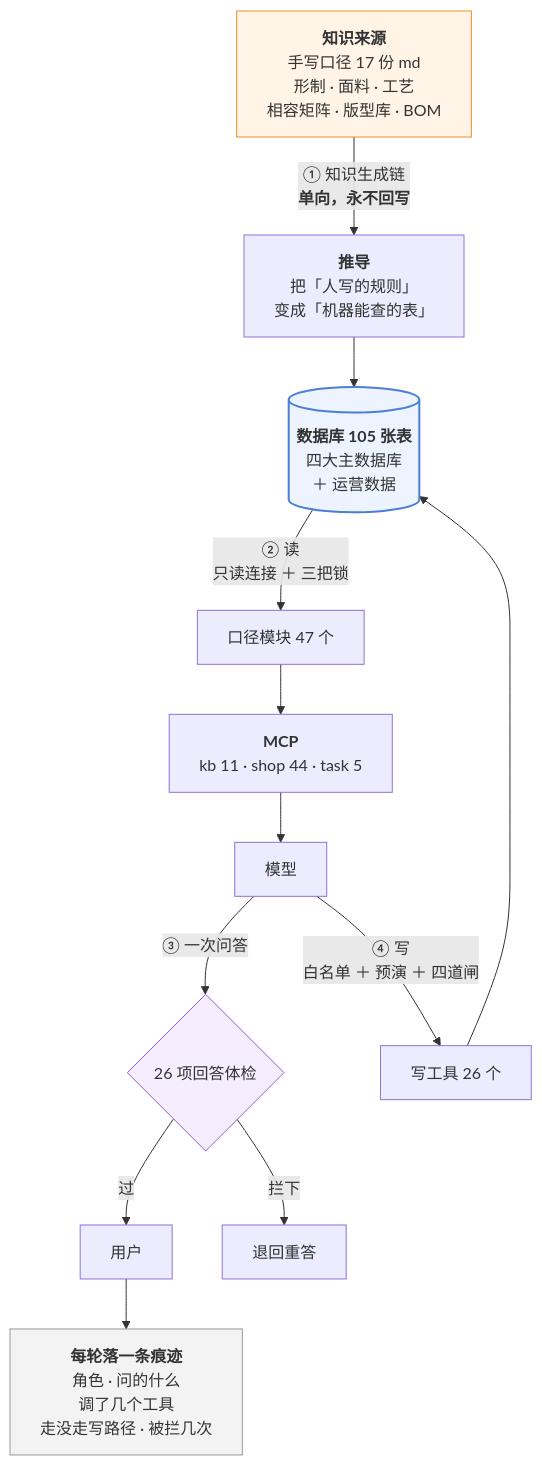
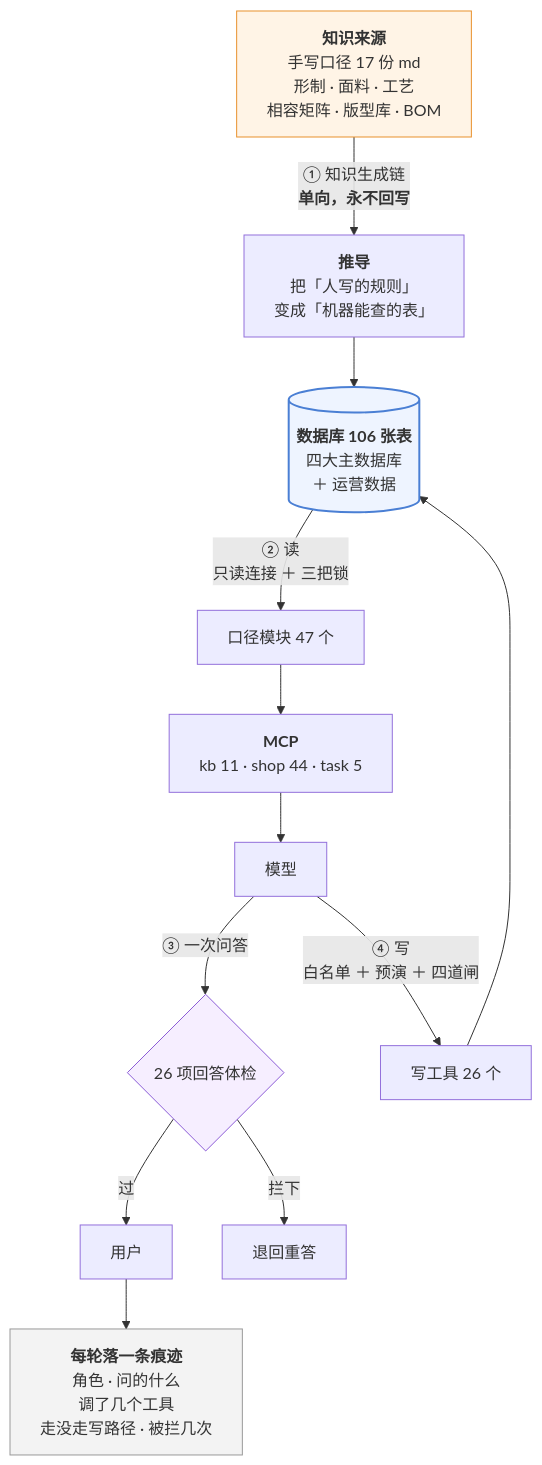
One commit to 843773296-rgb/lanxiu-yunshang-agent changed the third of 3 diagrams in 澜绣云裳agent-产品说明.md. Above: the diagram before and after it, drawn with Mermaid. The commit also changed other lines of this file and 24 other files, not shown here.

````diff
--- a/澜绣云裳agent-产品说明.md
+++ b/澜绣云裳agent-产品说明.md
@@ -940,24 +940,24 @@
 ```mermaid
 flowchart TD
     MD["<b>知识来源</b><br/>手写口径 17 份 md<br/>形制 · 面料 · 工艺<br/>相容矩阵 · 版型库 · BOM"]
     MD -->|"① 知识生成链<br/><b>单向，永不回写</b>"| DV["<b>推导</b><br/>把「人写的规则」<br/>变成「机器能查的表」"]
-    DV --> DB[("<b>数据库 105 张表</b><br/>四大主数据库<br/>＋ 运营数据")]
+    DV --> DB[("<b>数据库 106 张表</b><br/>四大主数据库<br/>＋ 运营数据")]
 
     DB -->|"② 读<br/>只读连接 ＋ 三把锁"| KJ["口径模块 47 个"]
     KJ --> MCP["<b>MCP</b><br/>kb 11 · shop 44 · task 5"]
     MCP --> LLM["模型"]
 
     LLM -->|"③ 一次问答"| GD{"26 项回答体检"}
     GD -- 过 --> U["用户"]
     GD -- 拦下 --> RE["退回重答"]
 
     LLM -->|"④ 写<br/>白名单 ＋ 预演 ＋ 四道闸"| W["写工具 26 个"]
     W --> DB
 
     U --> TR["<b>每轮落一条痕迹</b><br/>角色 · 问的什么<br/>调了几个工具<br/>走没走写路径 · 被拦几次"]
 
     style MD fill:#fff4e6,stroke:#e8912d
     style DB fill:#eef4ff,stroke:#4a7fd4,stroke-width:2px
     style GD fill:#f6eeff,stroke:#8b5cd6
     style TR fill:#f3f3f3,stroke:#999
 ```
````
